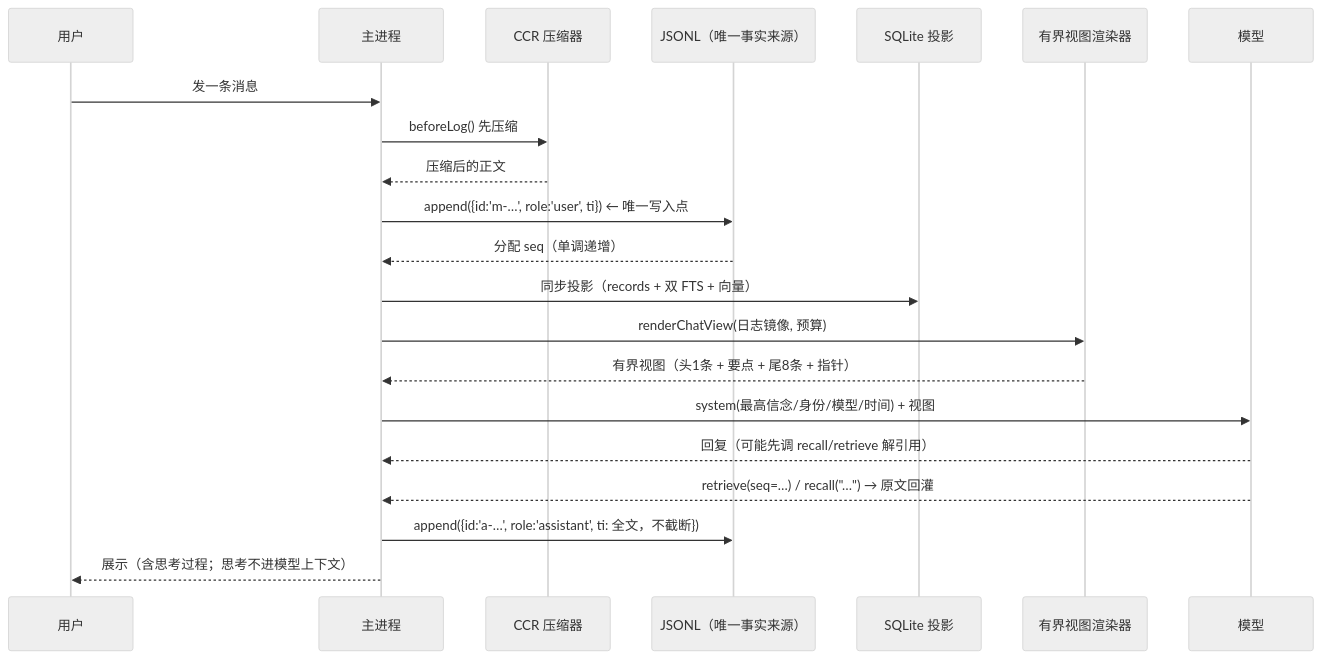
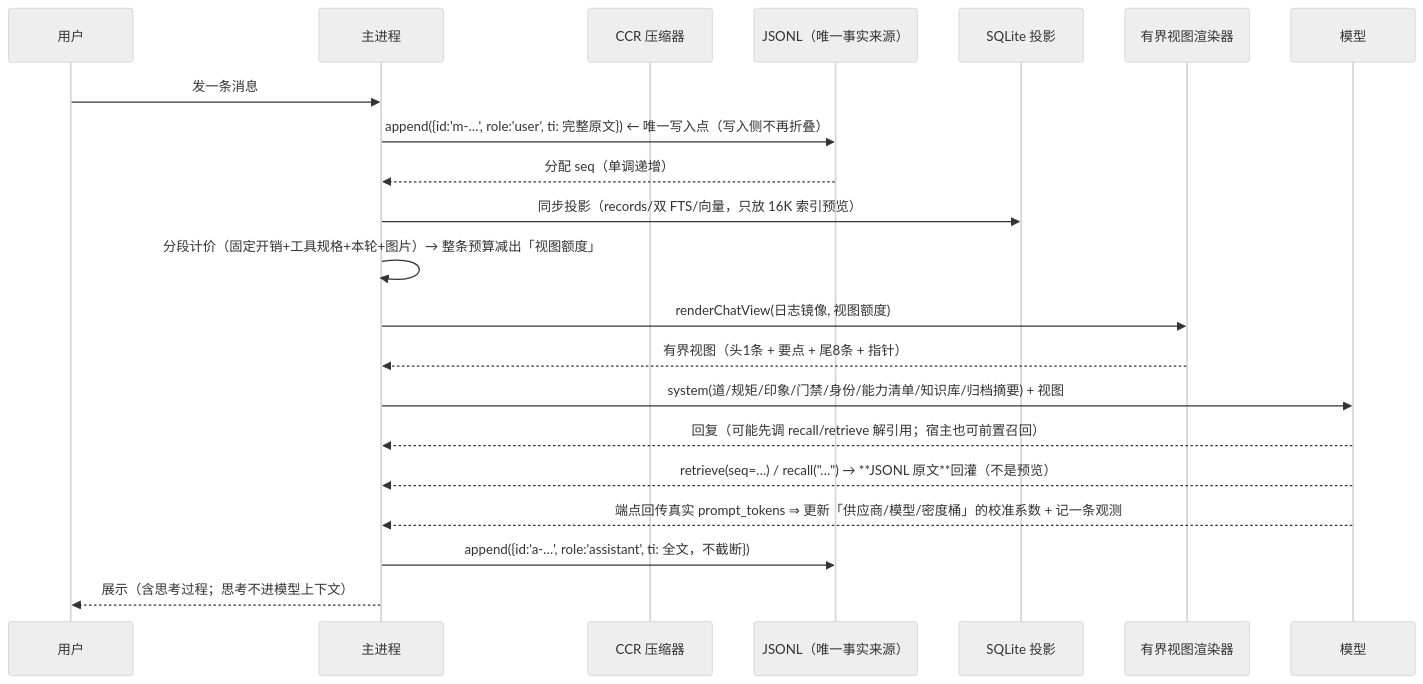
The diagram in docs/MEMORY-SYSTEM.md (Pondsi/WArmy), drawn with Mermaid (neutral theme) before and after one commit. The commit also changed other lines of this file and 646 other files, not shown here.

````diff
--- a/docs/MEMORY-SYSTEM.md
+++ b/docs/MEMORY-SYSTEM.md
@@ -35,24 +41,24 @@
 ```mermaid
 sequenceDiagram
     participant U as 用户
     participant M as 主进程
     participant C as CCR 压缩器
     participant J as JSONL（唯一事实来源）
     participant D as SQLite 投影
     participant R as 有界视图渲染器
     participant L as 模型
 
     U->>M: 发一条消息
-    M->>C: beforeLog() 先压缩
-    C-->>M: 压缩后的正文
-    M->>J: append({id:'m-…', role:'user', ti})  ← 唯一写入点
+    M->>J: append({id:'m-…', role:'user', ti: 完整原文})  ← 唯一写入点（写入侧不再折叠）
     J-->>M: 分配 seq（单调递增）
-    M->>D: 同步投影（records + 双 FTS + 向量）
-    M->>R: renderChatView(日志镜像, 预算)
+    M->>D: 同步投影（records/双 FTS/向量，只放 16K 索引预览）
+    M->>M: 分段计价（固定开销+工具规格+本轮+图片）→ 整条预算减出「视图额度」
+    M->>R: renderChatView(日志镜像, 视图额度)
     R-->>M: 有界视图（头1条 + 要点 + 尾8条 + 指针）
-    M->>L: system(最高信念/身份/模型/时间) + 视图
-    L-->>M: 回复（可能先调 recall/retrieve 解引用）
-    L-->>M: retrieve(seq=…) / recall("…") → 原文回灌
+    M->>L: system(道/规矩/印象/门禁/身份/能力清单/知识库/归档摘要) + 视图
+    L-->>M: 回复（可能先调 recall/retrieve 解引用；宿主也可前置召回）
+    L-->>M: retrieve(seq=…) / recall("…") → **JSONL 原文**回灌（不是预览）
+    L-->>M: 端点回传真实 prompt_tokens ⇒ 更新「供应商/模型/密度桶」的校准系数 + 记一条观测
     M->>J: append({id:'a-…', role:'assistant', ti: 全文，不截断})
     M-->>U: 展示（含思考过程；思考不进模型上下文）
 ```
````
